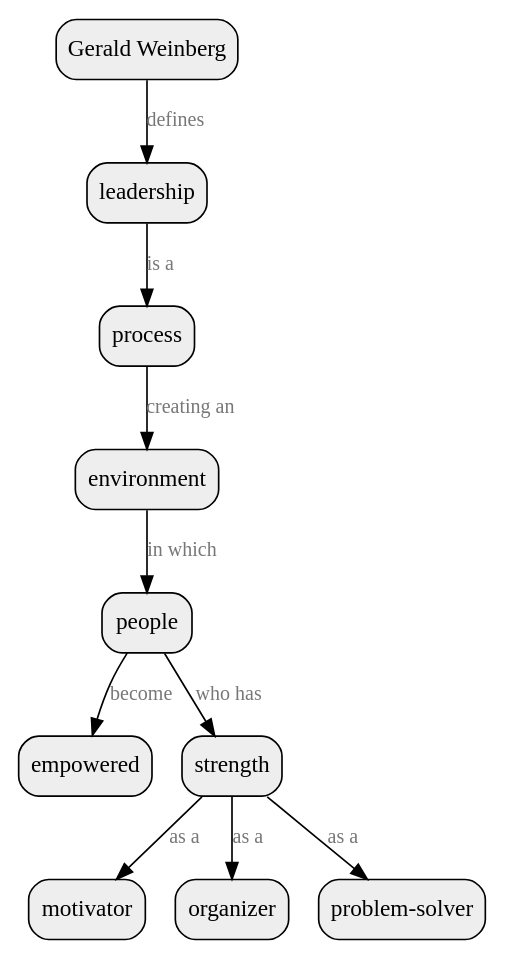
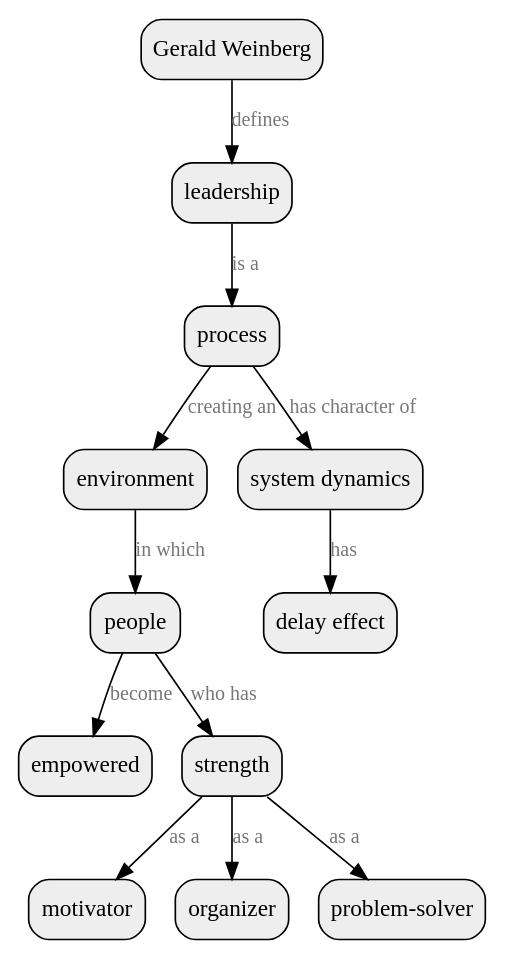
Before and after one commit to toracle/el-cmap: the diagram in sample-graph.org, drawn with Graphviz. The commit also changed 1 other file, not shown here.

Commit message:
update dot digraph definition

```diff
--- a/sample-graph.org
+++ b/sample-graph.org
@@ -1,16 +1,20 @@
-#+BEGIN_SRC dot :file sample-graph.png
-  digraph {
+#+BEGIN_SRC dot :file sample-graph.png :cmd fdp
+  digraph Map {
+      K=1;
+
       node [shape=record, fillcolor="#eeeeee", style="rounded,filled", fontname="Liberation Serif"];
       edge [fontname="Liberation Serif", splines=true, fontsize=12, fontcolor="#777777"];
 
       "Gerald Weinberg" -> "leadership" [label="defines"];
       "leadership" -> "process" [label="is a"];
       "process" -> "environment" [label="creating an"];
       "environment" -> "people" [label="in which"];
       "people" -> "empowered" [label="become"];
       "people" -> "strength" [label="who has"];
       "strength" -> "motivator" [label="as a"];
       "strength" -> "organizer" [label="as a"];
       "strength" -> "problem-solver" [label="as a"];
+      "process" -> "system dynamics" [label="has character of"];
+      "system dynamics" -> "delay effect" [label="has"];
   }
 #+END_SRC
```
